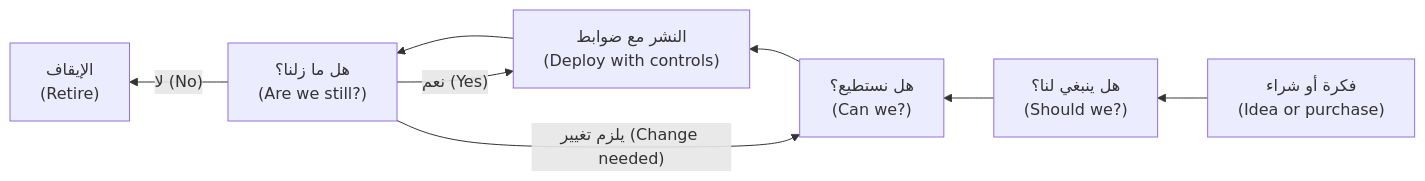
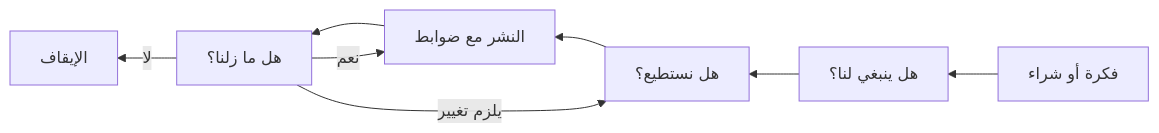
One commit to Tamoura/system-design-for-vibe-coders changed the first of 2 diagrams in aigp/modules/00-orientation.ar.md. Above: the diagram before and after it, drawn with Mermaid. The commit also changed other lines of this file and 551 other files, not shown here.

````diff
--- a/aigp/modules/00-orientation.ar.md
+++ b/aigp/modules/00-orientation.ar.md
@@ -58,10 +58,10 @@
 ```mermaid
 flowchart RL
-    A["فكرة أو شراء<br/>(Idea or purchase)"] --> B["هل ينبغي لنا؟<br/>(Should we?)"]
-    B --> C["هل نستطيع؟<br/>(Can we?)"]
-    C --> D["النشر مع ضوابط<br/>(Deploy with controls)"]
-    D --> E["هل ما زلنا؟<br/>(Are we still?)"]
-    E -->|"نعم (Yes)"| D
-    E -->|"يلزم تغيير (Change needed)"| C
-    E -->|"لا (No)"| F["الإيقاف<br/>(Retire)"]
+    A["فكرة أو شراء"] --> B["هل ينبغي لنا؟"]
+    B --> C["هل نستطيع؟"]
+    C --> D["النشر مع ضوابط"]
+    D --> E["هل ما زلنا؟"]
+    E -->|"نعم"| D
+    E -->|"يلزم تغيير"| C
+    E -->|"لا"| F["الإيقاف"]
 ```
````
